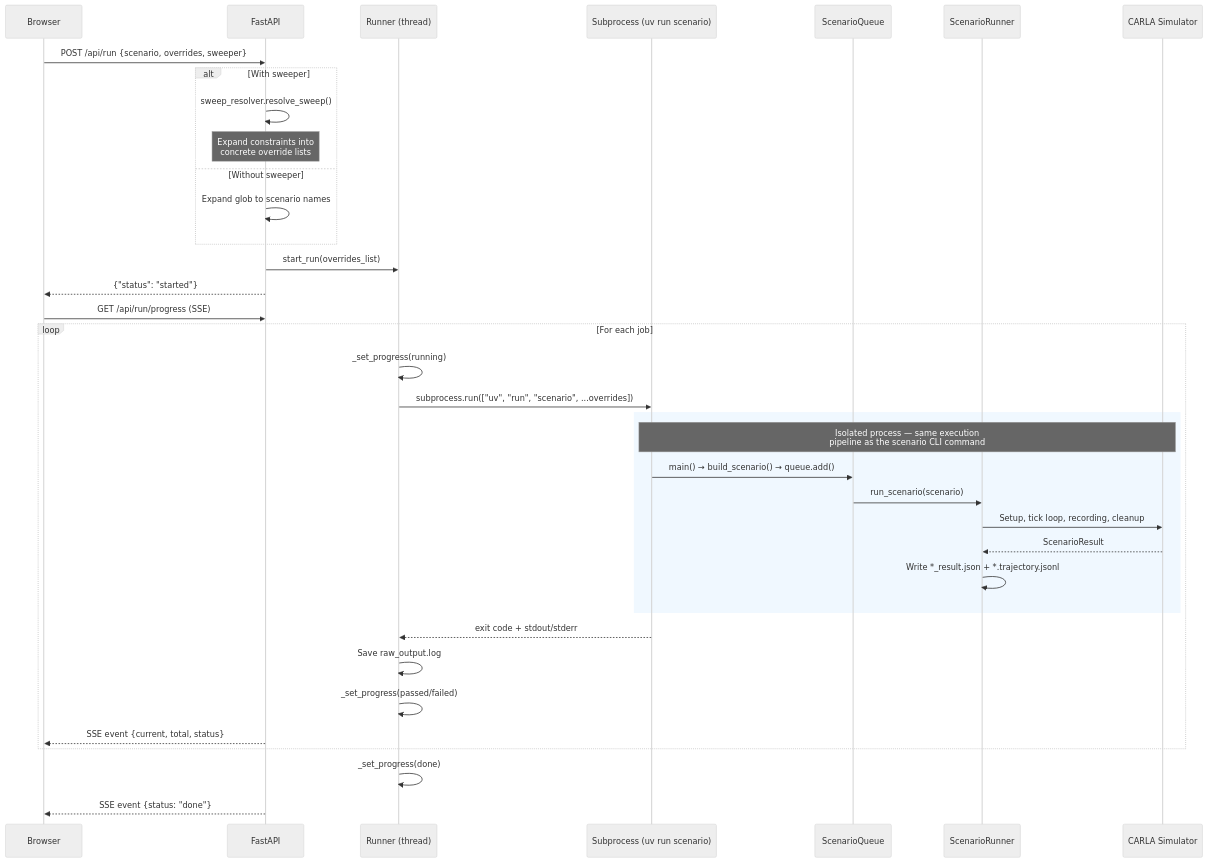
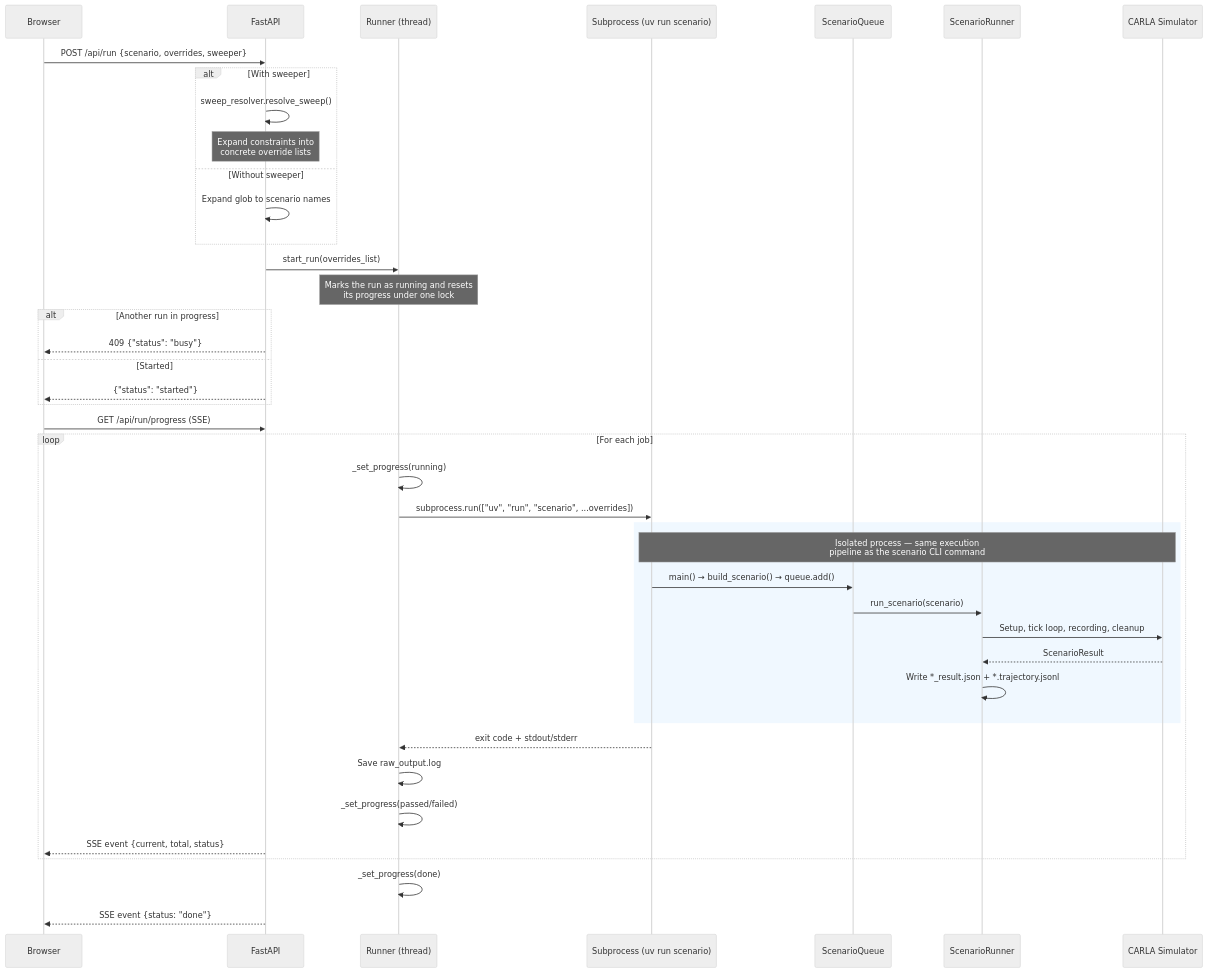
One commit to autowarefoundation/autoware_carla_scenario changed the ninth of 13 diagrams in autoware_carla_scenario/docs/architecture.md. Above: the diagram before and after it, drawn with Mermaid (neutral theme). The commit also changed other lines of this file and 5 other files, not shown here.

First line of the commit message:
fix(ui): claim a run atomically in start_run and answer 409 when busy

````diff
--- a/autoware_carla_scenario/docs/architecture.md
+++ b/autoware_carla_scenario/docs/architecture.md
@@ -893,46 +893,51 @@
 ```mermaid
 sequenceDiagram
     participant B as Browser
     participant A as FastAPI
     participant R as Runner (thread)
     participant S as Subprocess (uv run scenario)
     participant SQ as ScenarioQueue
     participant SR as ScenarioRunner
     participant C as CARLA Simulator
 
     B->>A: POST /api/run {scenario, overrides, sweeper}
 
     alt With sweeper
         A->>A: sweep_resolver.resolve_sweep()
         Note over A: Expand constraints into<br/>concrete override lists
     else Without sweeper
         A->>A: Expand glob to scenario names
     end
 
     A->>R: start_run(overrides_list)
-    A-->>B: {"status": "started"}
+    Note over R: Marks the run as running and resets<br/>its progress under one lock
+    alt Another run in progress
+        A-->>B: 409 {"status": "busy"}
+    else Started
+        A-->>B: {"status": "started"}
+    end
 
     B->>A: GET /api/run/progress (SSE)
 
     loop For each job
         R->>R: _set_progress(running)
         R->>S: subprocess.run(["uv", "run", "scenario", ...overrides])
 
         rect rgb(240, 248, 255)
             Note over S,C: Isolated process — same execution<br/>pipeline as the scenario CLI command
             S->>SQ: main() → build_scenario() → queue.add()
             SQ->>SR: run_scenario(scenario)
             SR->>C: Setup, tick loop, recording, cleanup
             C-->>SR: ScenarioResult
             SR->>SR: Write *_result.json + *.trajectory.jsonl
         end
 
         S-->>R: exit code + stdout/stderr
         R->>R: Save raw_output.log
         R->>R: _set_progress(passed/failed)
         A-->>B: SSE event {current, total, status}
     end
 
     R->>R: _set_progress(done)
     A-->>B: SSE event {status: "done"}
 ```
````
